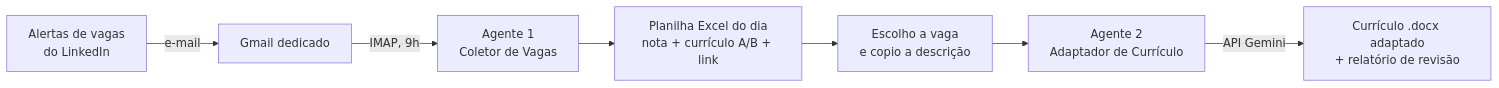
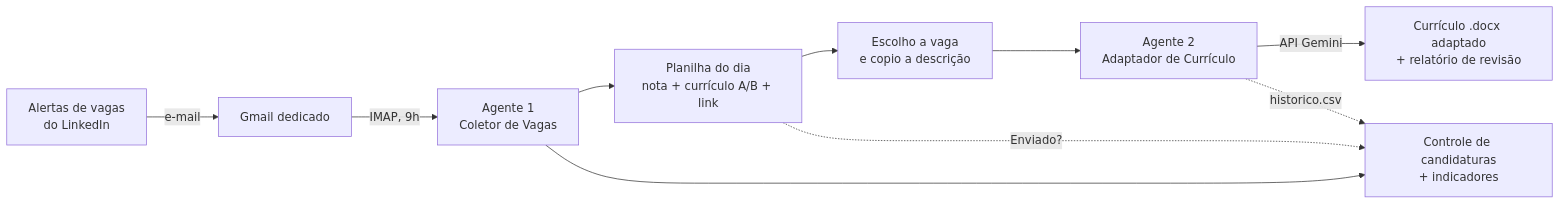
One commit to pedroh83/agente-recolocacao changed the diagram in README.md. Above: the diagram before and after it, drawn with Mermaid. The commit also changed other lines of this file and 27 other files, not shown here.

First line of the commit message:
Versão 1.5: controle de candidaturas, IA nos títulos, testes e código em módulos

````diff
--- a/README.md
+++ b/README.md
@@ -19,9 +22,12 @@
 ```mermaid
 flowchart LR
     A[Alertas de vagas<br/>do LinkedIn] -->|e-mail| B[Gmail dedicado]
     B -->|IMAP, 9h| C[Agente 1<br/>Coletor de Vagas]
-    C --> D[Planilha Excel do dia<br/>nota + currículo A/B + link]
+    C --> D[Planilha do dia<br/>nota + currículo A/B + link]
     D --> E[Escolho a vaga<br/>e copio a descrição]
     E --> F[Agente 2<br/>Adaptador de Currículo]
     F -->|API Gemini| G[Currículo .docx adaptado<br/>+ relatório de revisão]
+    C --> H[Controle de candidaturas<br/>+ indicadores]
+    D -.->|Enviado?| H
+    F -.->|historico.csv| H
 ```
````
